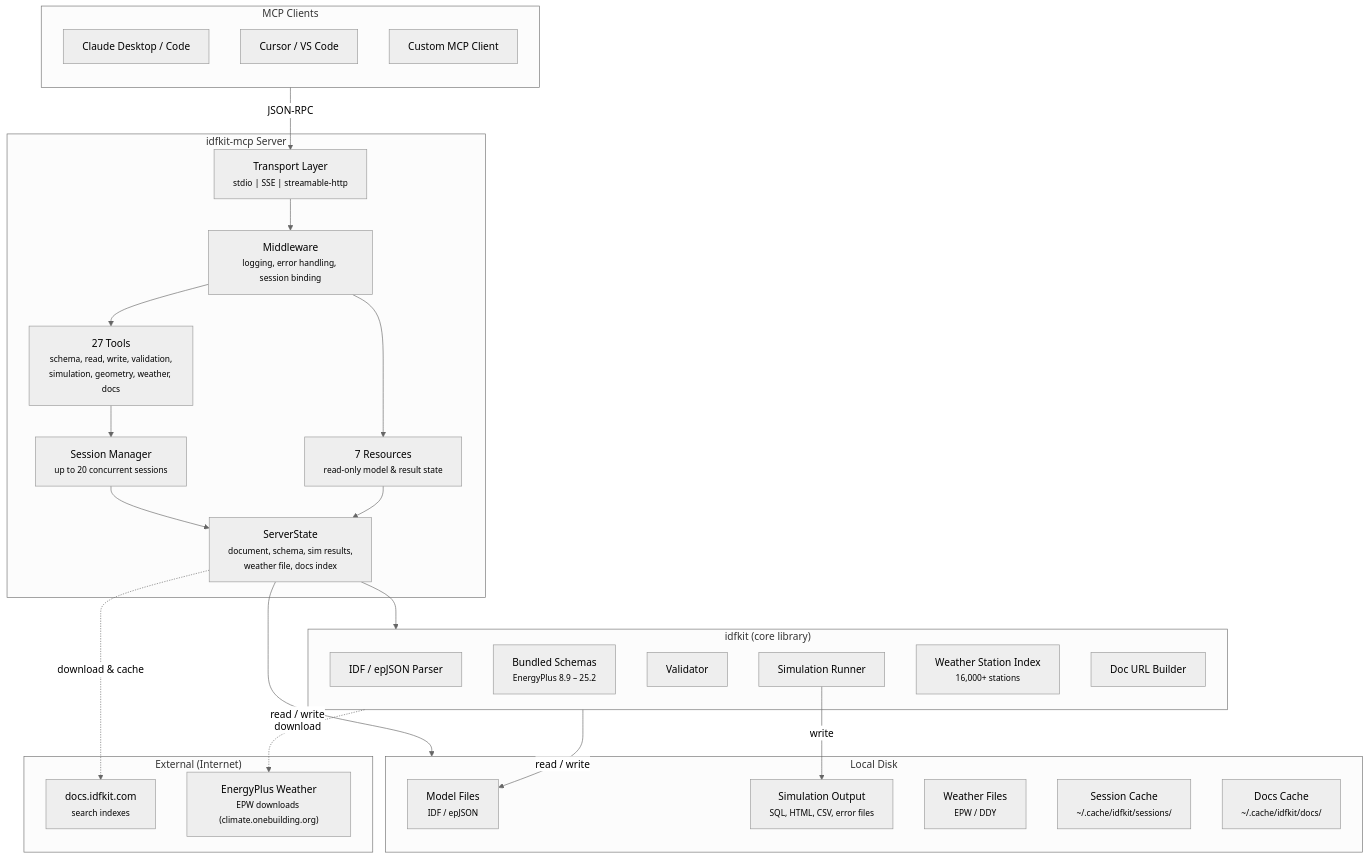
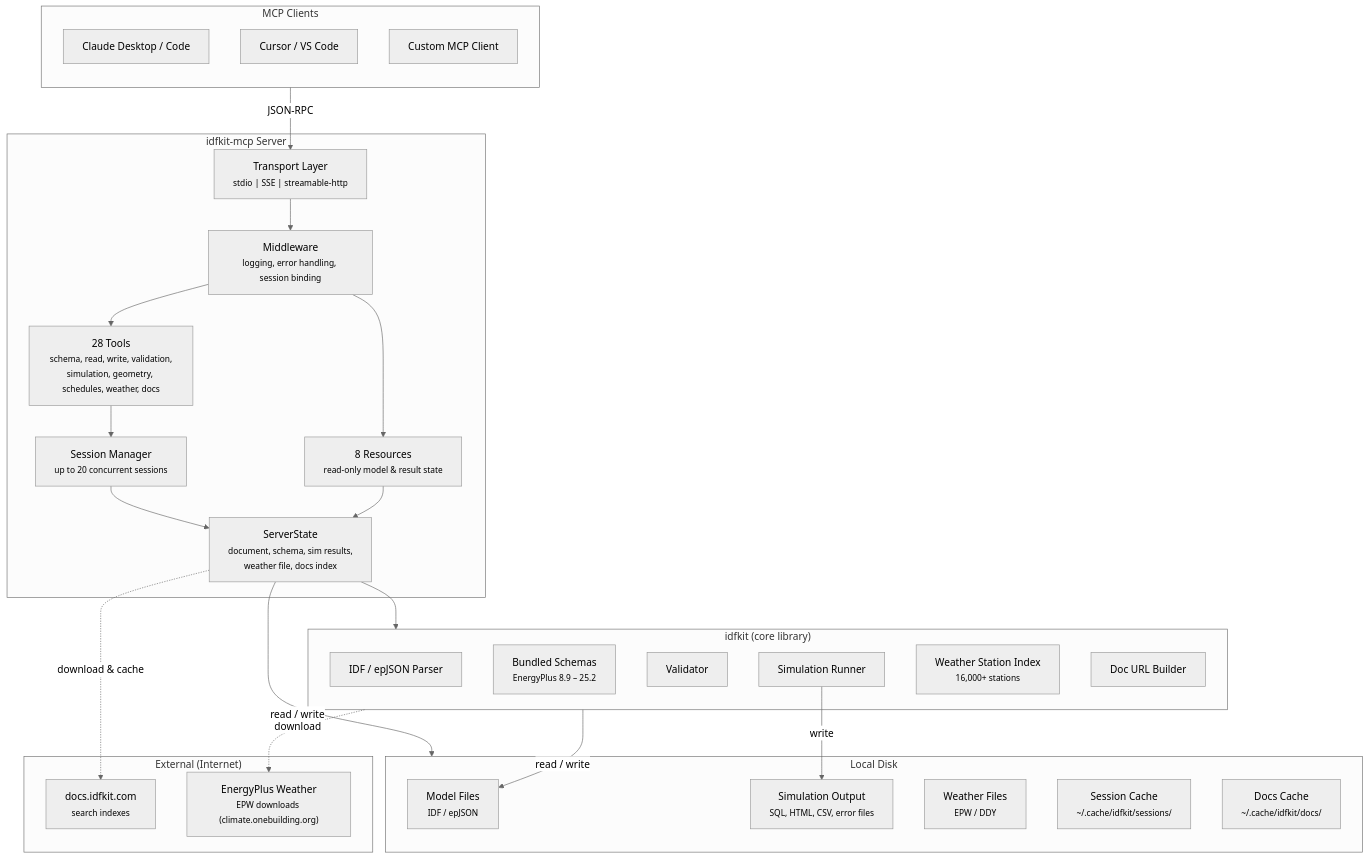
Before and after one commit to idfkit/idfkit-mcp: the first of 5 diagrams in docs/concepts/architecture.md, drawn with Mermaid. The commit also changed other lines of this file and 12 other files, not shown here.

````diff
--- a/docs/concepts/architecture.md
+++ b/docs/concepts/architecture.md
@@ -7,56 +7,56 @@
 ```mermaid
 ---
 config:
   theme: 'neutral'
 ---
 graph TB
     subgraph Clients["MCP Clients"]
         direction TB
         Claude["Claude Desktop / Code"]
         Cursor["Cursor / VS Code"]
         Custom["Custom MCP Client"]
     end
 
     subgraph Server["idfkit-mcp Server"]
         Transport["Transport Layer<br/><small>stdio | SSE | streamable-http</small>"]
         Middleware["Middleware<br/><small>logging, error handling, session binding</small>"]
-        Tools["27 Tools<br/><small>schema, read, write, validation,<br/>simulation, geometry, weather, docs</small>"]
-        Resources["7 Resources<br/><small>read-only model & result state</small>"]
+        Tools["28 Tools<br/><small>schema, read, write, validation,<br/>simulation, geometry, schedules, weather, docs</small>"]
+        Resources["8 Resources<br/><small>read-only model & result state</small>"]
         Session["Session Manager<br/><small>up to 20 concurrent sessions</small>"]
         State["ServerState<br/><small>document, schema, sim results,<br/>weather file, docs index</small>"]
     end
 
     subgraph Core["idfkit (core library)"]
         Parser["IDF / epJSON Parser"]
         Schema["Bundled Schemas<br/><small>EnergyPlus 8.9 &ndash; 25.2</small>"]
         Validator["Validator"]
         SimRunner["Simulation Runner"]
         WeatherIdx["Weather Station Index<br/><small>16,000+ stations</small>"]
         Docs["Doc URL Builder"]
     end
 
     subgraph Local["Local Disk"]
         ModelFiles["Model Files<br/><small>IDF / epJSON</small>"]
         SimOutput["Simulation Output<br/><small>SQL, HTML, CSV, error files</small>"]
         WeatherFiles["Weather Files<br/><small>EPW / DDY</small>"]
         SessionCache["Session Cache<br/><small>~/.cache/idfkit/sessions/</small>"]
         DocsCache["Docs Cache<br/><small>~/.cache/idfkit/docs/</small>"]
     end
 
     subgraph External["External (Internet)"]
         DocsSite["docs.idfkit.com<br/><small>search indexes</small>"]
         WeatherDL["EnergyPlus Weather<br/><small>EPW downloads (climate.onebuilding.org)</small>"]
     end
 
     Clients -->|"JSON-RPC"| Transport
     Transport --> Middleware --> Tools & Resources
     Tools --> Session --> State
     Resources --> State
 
     State --> Core
     State -->|"read / write"| Local
     State -.->|"download & cache"| DocsSite
     Core -.->|"download"| WeatherDL
     Core -->|"read / write"| ModelFiles
     SimRunner -->|"write"| SimOutput
 ```
````
